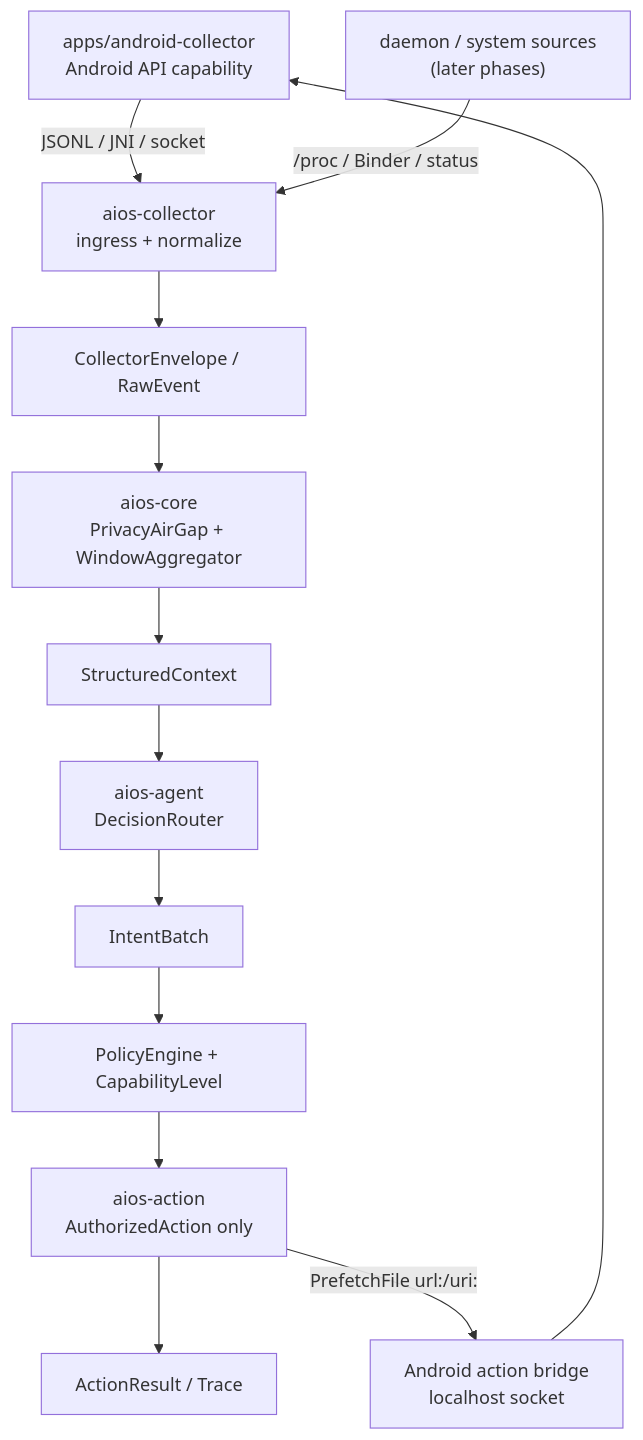
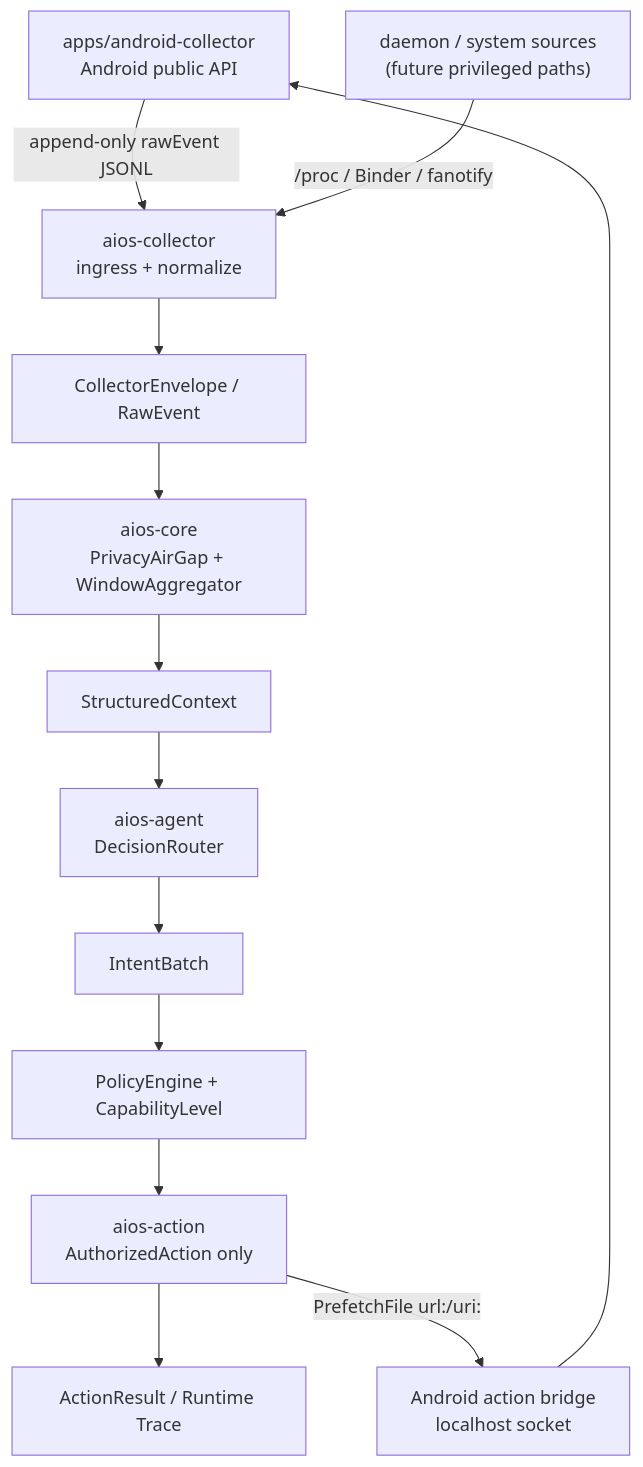
One commit to 114August514/DiPECS changed the diagram in README.md. Above: the diagram before and after it, drawn with Mermaid. The commit also changed other lines of this file and 12 other files, not shown here.

````diff
--- a/README.md
+++ b/README.md
@@ -33,21 +48,21 @@
 ```mermaid
 flowchart TD
-    App["apps/android-collector<br/>Android API capability"]
-    System["daemon / system sources<br/>(later phases)"]
+    App["apps/android-collector<br/>Android public API"]
+    System["daemon / system sources<br/>(future privileged paths)"]
     Collector["aios-collector<br/>ingress + normalize"]
     Raw["CollectorEnvelope / RawEvent"]
     Core["aios-core<br/>PrivacyAirGap + WindowAggregator"]
     Context["StructuredContext"]
     Agent["aios-agent<br/>DecisionRouter"]
     Intent["IntentBatch"]
     Policy["PolicyEngine + CapabilityLevel"]
     Action["aios-action<br/>AuthorizedAction only"]
     AndroidBridge["Android action bridge<br/>localhost socket"]
-    Trace["ActionResult / Trace"]
+    Trace["ActionResult / Runtime Trace"]
 
-    App -- "JSONL / JNI / socket" --> Collector
-    System -- "/proc / Binder / status" --> Collector
+    App -- "append-only rawEvent JSONL" --> Collector
+    System -- "/proc / Binder / fanotify" --> Collector
     Collector --> Raw --> Core --> Context --> Agent --> Intent
     Intent --> Policy --> Action --> Trace
     Action -- "PrefetchFile url:/uri:" --> AndroidBridge --> App
 ```
````
